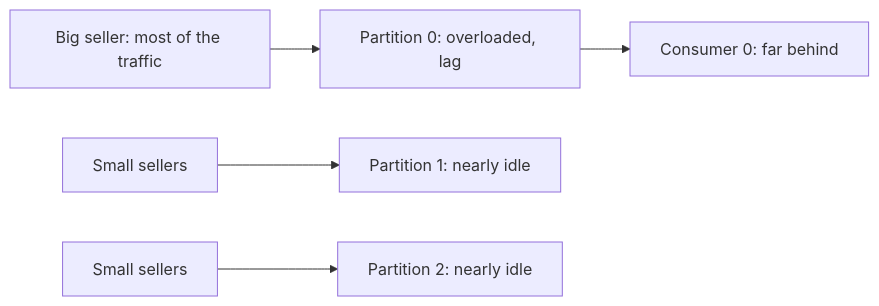
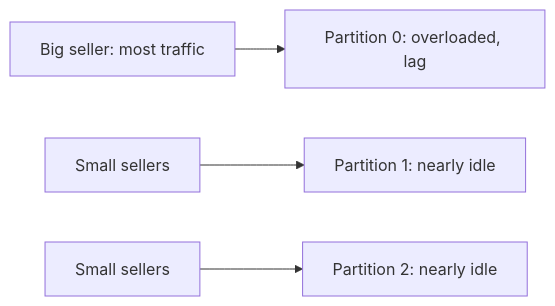
One commit to jubin-techwiz/learning changed the first of 2 diagrams in notes/02-messaging/02-kafka/11-ordering-partition-planning-hot-partitions.md. Above: the diagram before and after it, drawn with Mermaid. The commit also changed other lines of this file and 37 other files, not shown here.

````diff
--- a/notes/02-messaging/02-kafka/11-ordering-partition-planning-hot-partitions.md
+++ b/notes/02-messaging/02-kafka/11-ordering-partition-planning-hot-partitions.md
@@ -26,7 +53,6 @@
 ```mermaid
 flowchart LR
-    BIG[Big seller: most of the traffic] --> P0[Partition 0: overloaded, lag]
+    BIG[Big seller: most traffic] --> P0[Partition 0: overloaded, lag]
     S1[Small sellers] --> P1[Partition 1: nearly idle]
     S2[Small sellers] --> P2[Partition 2: nearly idle]
-    P0 --> C0[Consumer 0: far behind]
 ```
````
